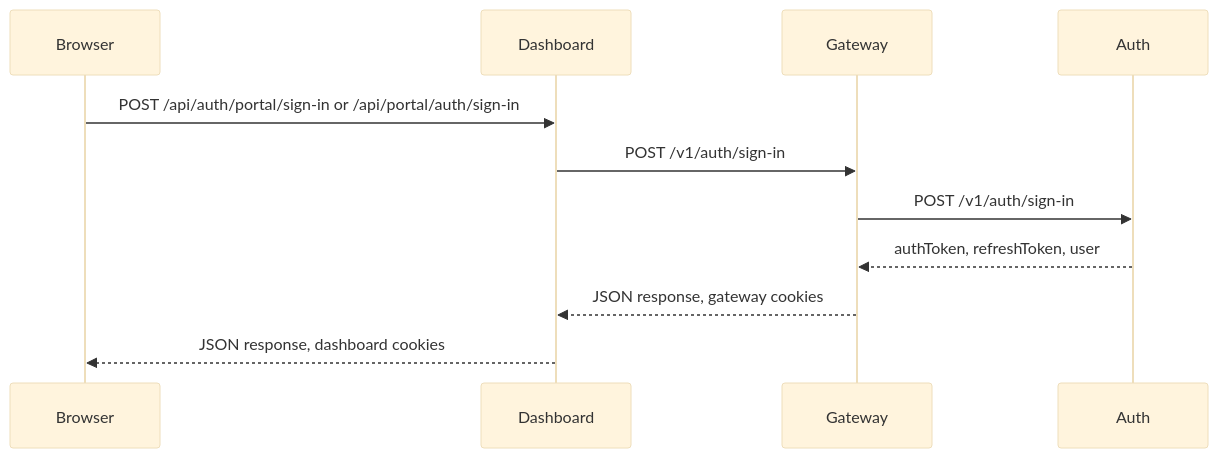
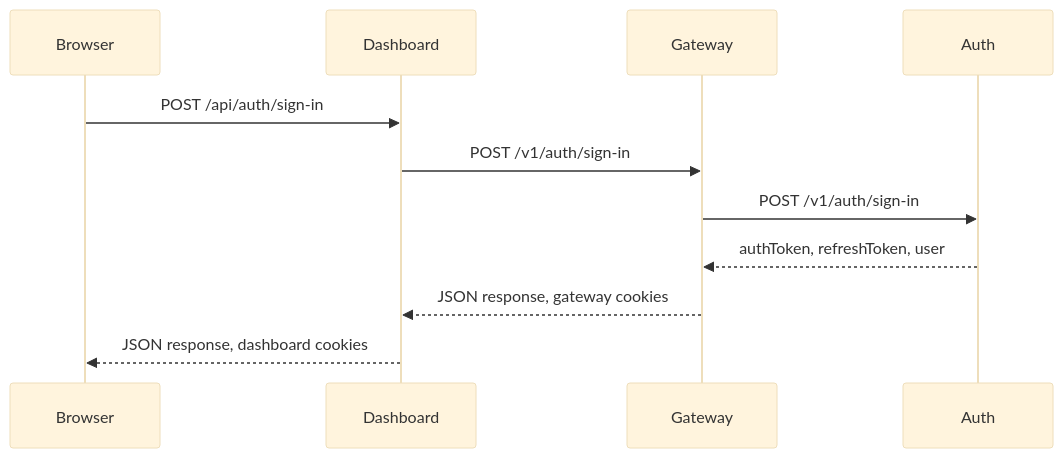
The fifth of 7 diagrams in ARCHITECTURE.md (zgid123/master-project-advanced-database), drawn with Mermaid (base theme) before and after one commit. The commit also changed other lines of this file and 8 other files, not shown here.

````diff
--- a/ARCHITECTURE.md
+++ b/ARCHITECTURE.md
@@ -523,14 +552,14 @@
 ```mermaid
 sequenceDiagram
   participant Browser
   participant Dashboard
   participant Gateway
   participant Auth
 
-  Browser->>Dashboard: POST /api/auth/portal/sign-in or /api/portal/auth/sign-in
+  Browser->>Dashboard: POST /api/auth/sign-in
   Dashboard->>Gateway: POST /v1/auth/sign-in
   Gateway->>Auth: POST /v1/auth/sign-in
   Auth-->>Gateway: authToken, refreshToken, user
   Gateway-->>Dashboard: JSON response, gateway cookies
   Dashboard-->>Browser: JSON response, dashboard cookies
 ```
````
